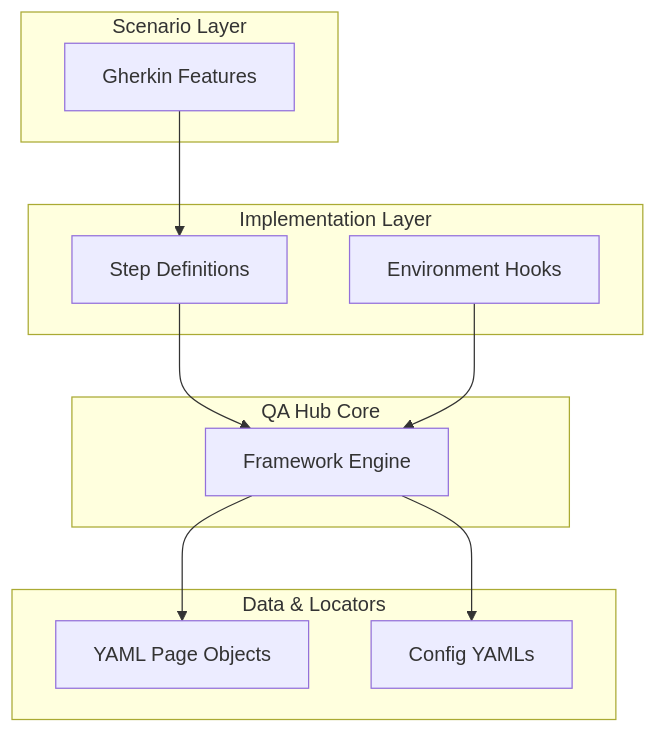
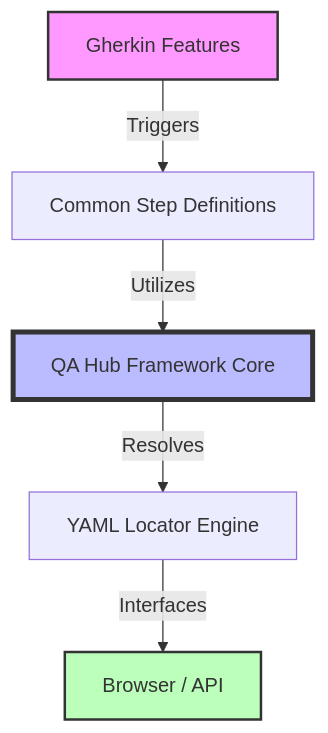
The diagram in README.md (carlos-camara/qa-hub-framework-example), drawn with Mermaid before and after one commit. The commit also changed other lines of this file, not shown here.

````diff
--- a/README.md
+++ b/README.md
@@ -24,23 +34,11 @@
 ```mermaid
 graph TD
-    subgraph "Scenario Layer"
-        F[Gherkin Features]
-    end
-    subgraph "Implementation Layer"
-        S[Step Definitions]
-        E[Environment Hooks]
-    end
-    subgraph "Data & Locators"
-        P[YAML Page Objects]
-        C[Config YAMLs]
-    end
-    subgraph "QA Hub Core"
-        QA[Framework Engine]
-    end
-
-    F --> S
-    S --> QA
-    QA --> P
-    QA --> C
-    E --> QA
+    A[Gherkin Features] -->|Triggers| B[Common Step Definitions]
+    B -->|Utilizes| C[QA Hub Framework Core]
+    C -->|Resolves| D[YAML Locator Engine]
+    D -->|Interfaces| E[Browser / API]
+    
+    style A fill:#f9f,stroke:#333,stroke-width:2px
+    style C fill:#bbf,stroke:#333,stroke-width:4px
+    style E fill:#bfb,stroke:#333,stroke-width:2px
 ```
````
